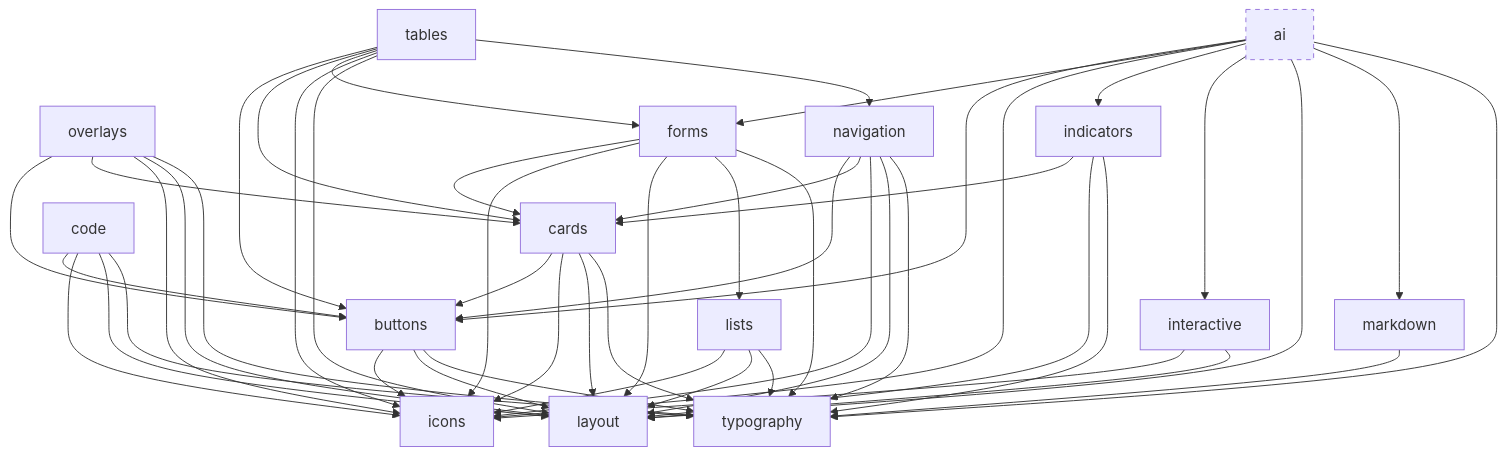
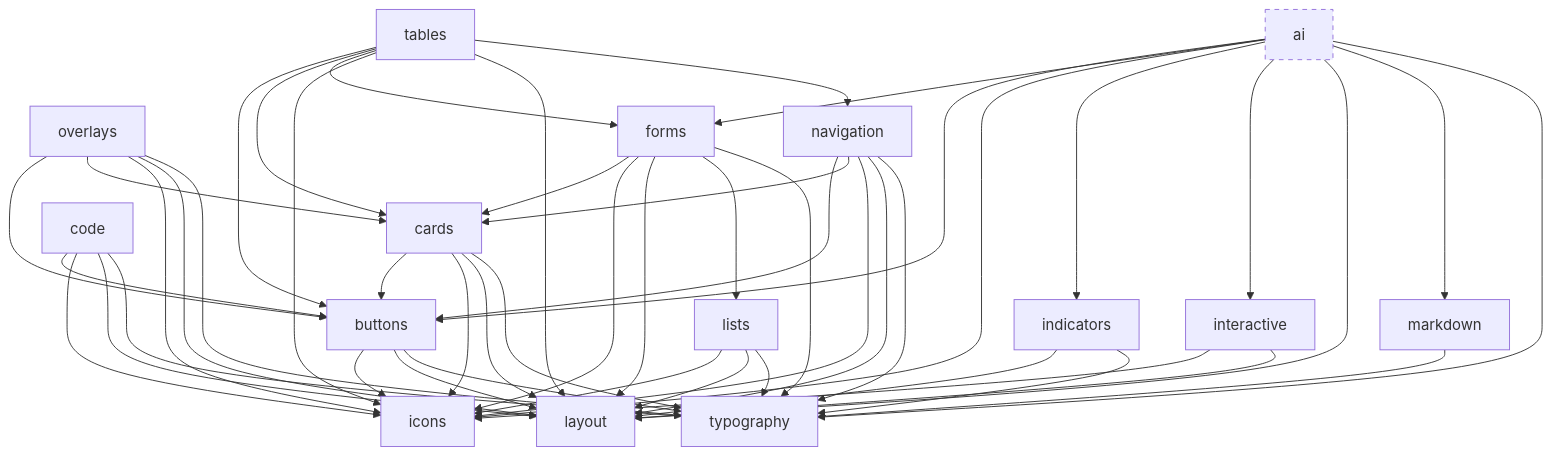
One commit to uiid-systems/design-system changed the diagram in docs/architecture/component-dependency-graph.md. Above: the diagram before and after it, drawn with Mermaid. The commit also changed 26 other files, not shown here.

First line of the commit message:
refactor(ui)!: remove the Timeline component (#662)

````diff
--- a/docs/architecture/component-dependency-graph.md
+++ b/docs/architecture/component-dependency-graph.md
@@ -9,42 +9,42 @@
 ```mermaid
 graph TD
   icons[icons]
   typography[typography]
   layout[layout]
   buttons[buttons]
   cards[cards]
   lists[lists]
   markdown[markdown]
   overlays[overlays]
   indicators[indicators]
   forms[forms]
   interactive[interactive]
   navigation[navigation]
   tables[tables]
   code[code]
   ai[ai]
 
   buttons --> icons & layout & typography
   lists --> icons & layout & typography
   markdown --> typography
 
   cards --> buttons & icons & layout & typography
 
   overlays --> buttons & cards & icons & layout & typography
-  indicators --> cards & layout & typography
+  indicators --> layout & typography
 
   forms --> cards & icons & layout & lists & typography
 
   interactive --> icons & layout
 
   navigation --> buttons & cards & icons & layout & typography
 
   tables --> buttons & cards & forms & icons & layout & navigation
 
   code --> buttons & icons & layout & typography
 
   ai --> buttons & forms & icons & indicators & interactive & layout & markdown & typography
 
   classDef private stroke-dasharray: 5 5
   class ai private
 ```
````
